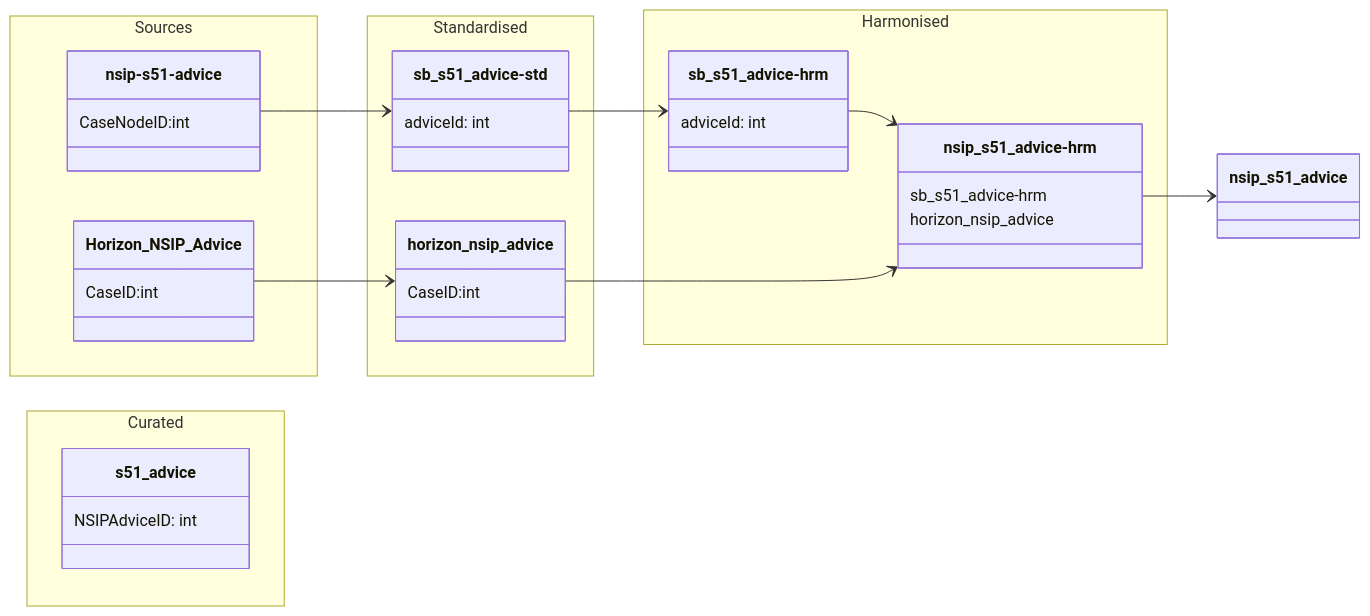
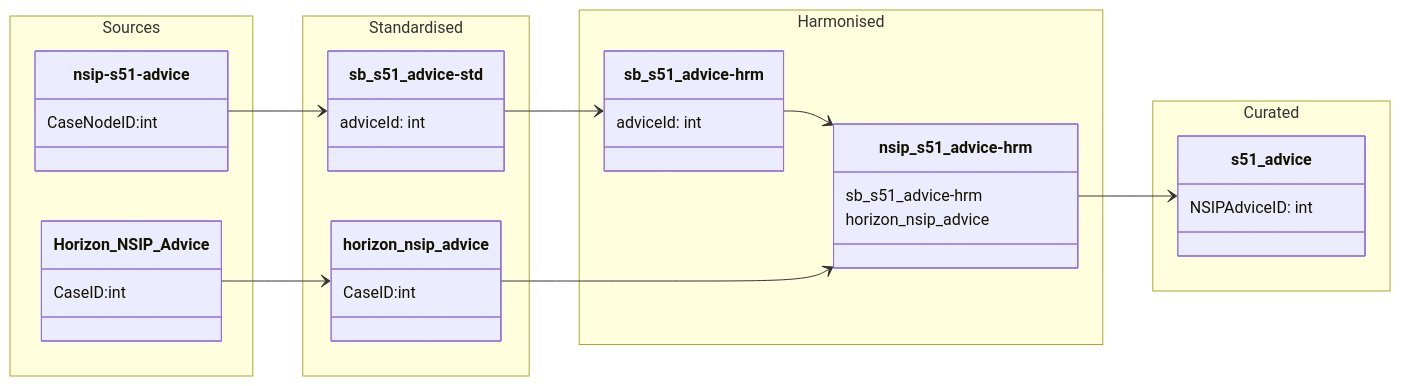
The diagram in data-models/nsip-s51-advice.md (Planning-Inspectorate/ODW-Service), drawn with Mermaid before and after one commit.

````diff
--- a/data-models/nsip-s51-advice.md
+++ b/data-models/nsip-s51-advice.md
@@ -7,61 +7,61 @@
 ```mermaid
 
 classDiagram
 
     direction LR
 
     namespace Sources {
 
         class Horizon_NSIP_Advice {
             CaseID:int
         }
 
         class nsip-s51-advice{
             CaseNodeID:int
         }
 
 
     }
     
     namespace Standardised {
 
         class horizon_nsip_advice {
              CaseID:int
         }
 
         class sb_s51_advice-std {
             adviceId: int
         }
 
     }
 
     namespace Harmonised {
 
         class nsip_s51_advice-hrm {
             sb_s51_advice-hrm 
             horizon_nsip_advice
         }
 
         class sb_s51_advice-hrm {
             adviceId: int
         }
     
     }
 
     namespace Curated {
 
         class s51_advice {
             NSIPAdviceID: int
         }
     }
 
 
 `nsip-s51-advice` --> `sb_s51_advice-std`
 `sb_s51_advice-std` --> `sb_s51_advice-hrm`
 `sb_s51_advice-hrm` --> `nsip_s51_advice-hrm`
-`nsip_s51_advice-hrm` --> `nsip_s51_advice`
+`nsip_s51_advice-hrm` --> `s51_advice`
 
 `Horizon_NSIP_Advice` --> `horizon_nsip_advice`
 `horizon_nsip_advice` --> `nsip_s51_advice-hrm`
 
 ```
````
